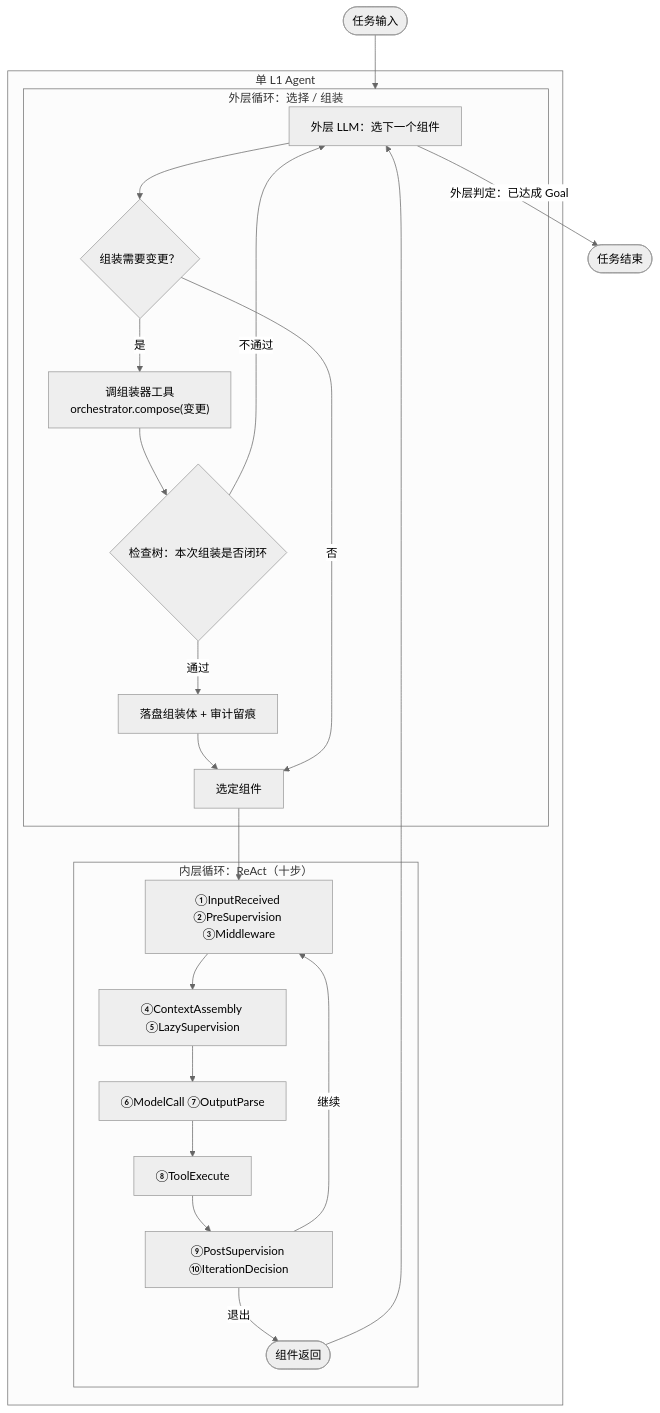
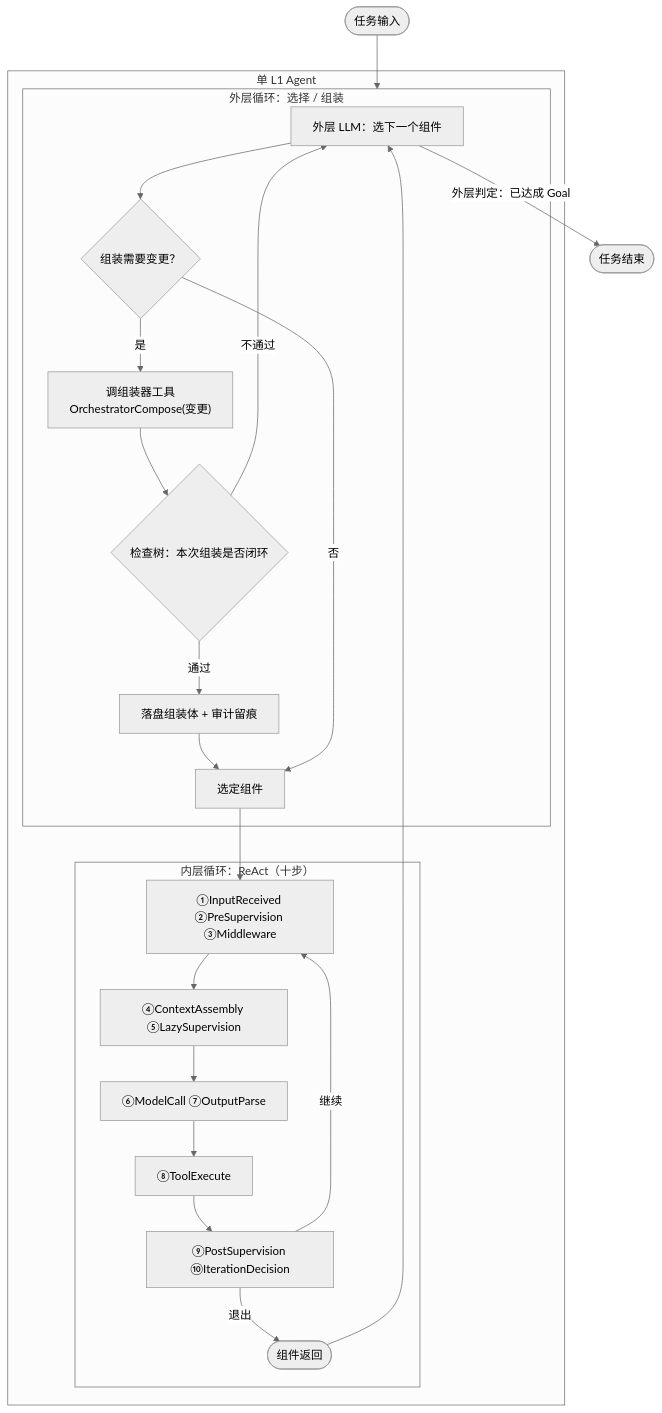
One commit to linmowudie/CivitasAI changed the diagram in Docs/Dev/L1编排设计/01-双层循环总览.md. Above: the diagram before and after it, drawn with Mermaid (neutral theme). The commit also changed other lines of this file and 305 other files, not shown here.

````diff
--- a/Docs/Dev/L1编排设计/01-双层循环总览.md
+++ b/Docs/Dev/L1编排设计/01-双层循环总览.md
@@ -17,30 +17,30 @@
 ```mermaid
 flowchart TD
   IN([任务输入]) --> OUT
 
   subgraph L1["单 L1 Agent"]
     subgraph OUT["外层循环：选择 / 组装"]
       O1["外层 LLM：选下一个组件"] --> O2{"组装需要变更？"}
-      O2 -- 是 --> O3["调组装器工具<br/>orchestrator.compose(变更)"]
+      O2 -- 是 --> O3["调组装器工具<br/>OrchestratorCompose(变更)"]
       O3 --> O4{"检查树：本次组装是否闭环"}
       O4 -- 不通过 --> O1
       O4 -- 通过 --> O5["落盘组装体 + 审计留痕"]
       O5 --> O6["选定组件"]
       O2 -- 否 --> O6
     end
 
     subgraph INN["内层循环：ReAct（十步）"]
       I1["①InputReceived ②PreSupervision ③Middleware"] --> I2["④ContextAssembly ⑤LazySupervision"]
       I2 --> I3["⑥ModelCall ⑦OutputParse"]
       I3 --> I4["⑧ToolExecute"]
       I4 --> I5["⑨PostSupervision ⑩IterationDecision"]
       I5 -- 继续 --> I1
       I5 -- 退出 --> I6(["组件返回"])
     end
 
     O6 --> I1
     I6 --> O1
   end
 
   O1 -- 外层判定：已达成 Goal --> DONE([任务结束])
 ```
````
